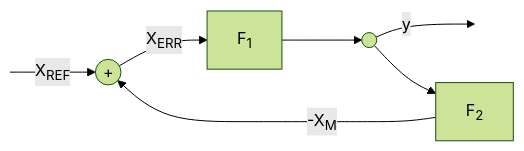
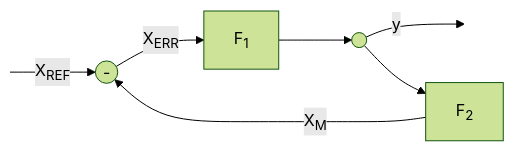
The fourth of 4 diagrams in classe_5/sistemi/uda_1/L07_19-11-2024_sistemi_in_retroazione.md (dennyb87/elettrotecnica-serale), drawn with Mermaid (forest theme) before and after one commit. The commit also changed other lines of this file and 2 other files, not shown here.

````diff
--- a/classe_5/sistemi/uda_1/L07_19-11-2024_sistemi_in_retroazione.md
+++ b/classe_5/sistemi/uda_1/L07_19-11-2024_sistemi_in_retroazione.md
@@ -72,12 +72,12 @@
 ```mermaid
 flowchart LR
-    START[ ]--"X<sub>REF</sub>"-->sum
-    sum(("#43;"))--"X<sub>ERR</sub>"-->F1
+    START[ ]--"X<sub>REF</sub>"-->node
+    node(("#45;"))--"X<sub>ERR</sub>"-->F1
     F1["F<sub>1</sub>"]-->out((" "))
     out--"y"-->STOP[ ]
     out-->F2["F<sub>2</sub>"]
-    F2--"-X<sub>M</sub>"-->sum
+    F2--"X<sub>M</sub>"-->node
 
     style START width:0px,height:0px;
     style STOP  width:0px,height:0px;
 ```
````
